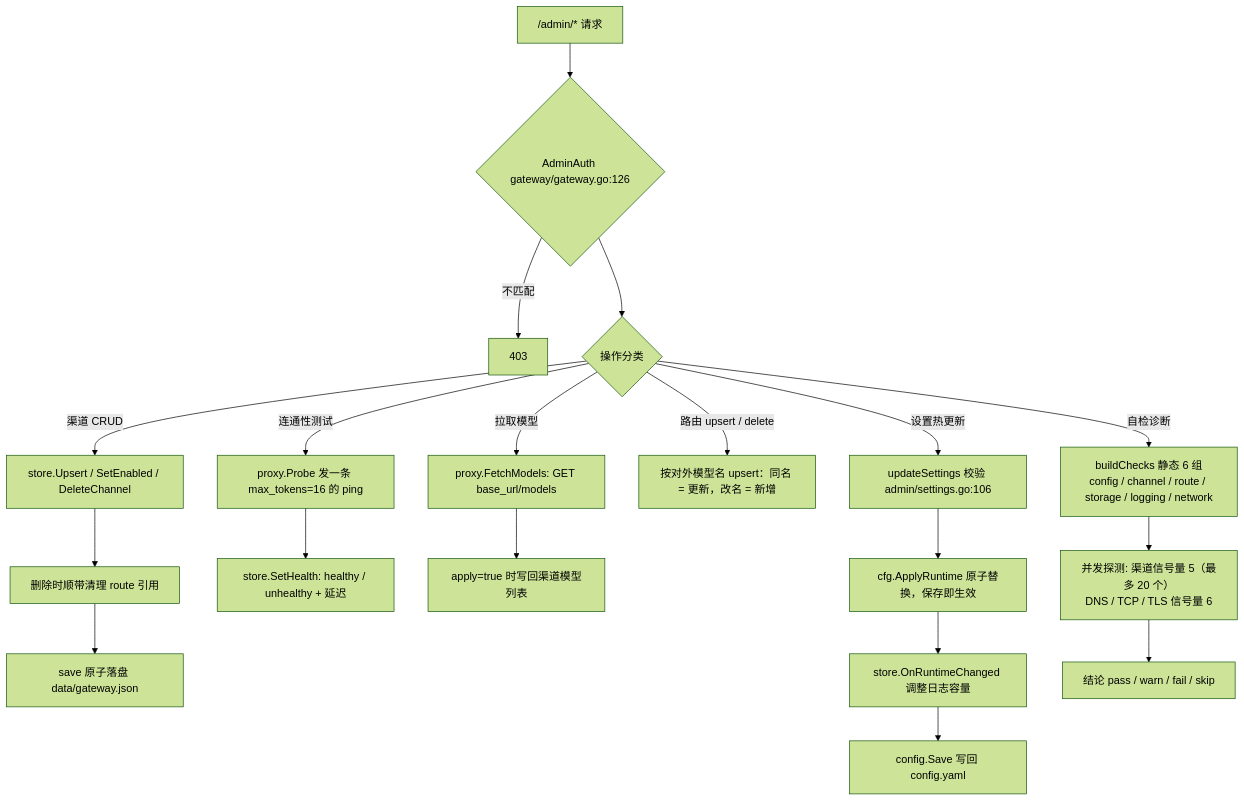
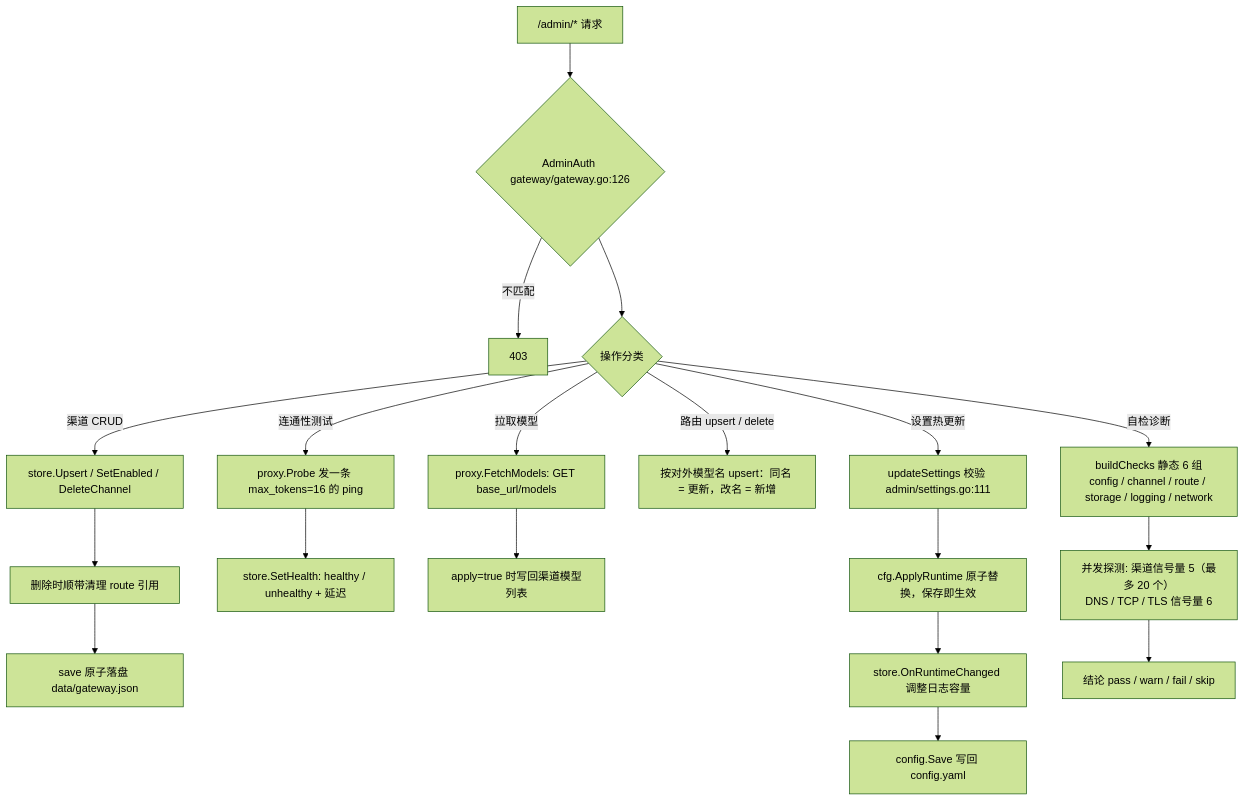
One commit to xieyuhua/ApiToken changed the third of 3 diagrams in README.md. Above: the diagram before and after it, drawn with Mermaid (forest theme). The commit also changed other lines of this file and 26 other files, not shown here.

````diff
--- a/README.md
+++ b/README.md
@@ -801,27 +821,27 @@
 ```mermaid
 flowchart TD
     A["/admin/* 请求"] --> B{"AdminAuth gateway/gateway.go:126"}
     B -->|"不匹配"| B1["403"]
     B --> C{"操作分类"}
 
     C -->|渠道 CRUD| D["store.Upsert / SetEnabled / DeleteChannel"]
     D --> D1["删除时顺带清理 route 引用"]
     D1 --> D2["save 原子落盘 data/gateway.json"]
 
     C -->|连通性测试| E["proxy.Probe 发一条 max_tokens=16 的 ping"]
     E --> E1["store.SetHealth: healthy / unhealthy + 延迟"]
 
     C -->|拉取模型| F["proxy.FetchModels: GET base_url/models"]
     F --> F1["apply=true 时写回渠道模型列表"]
 
     C -->|路由 upsert / delete| G["按对外模型名 upsert：同名 = 更新，改名 = 新增"]
 
-    C -->|设置热更新| H["updateSettings 校验 admin/settings.go:106"]
+    C -->|设置热更新| H["updateSettings 校验 admin/settings.go:111"]
     H --> H1["cfg.ApplyRuntime 原子替换，保存即生效"]
     H1 --> H2["store.OnRuntimeChanged 调整日志容量"]
     H2 --> H3["config.Save 写回 config.yaml"]
 
     C -->|自检诊断| I["buildChecks 静态 6 组<br/>config / channel / route / storage / logging / network"]
     I --> J["并发探测: 渠道信号量 5（最多 20 个）<br/>DNS / TCP / TLS 信号量 6"]
     J --> J1["结论 pass / warn / fail / skip"]
 ```
````
